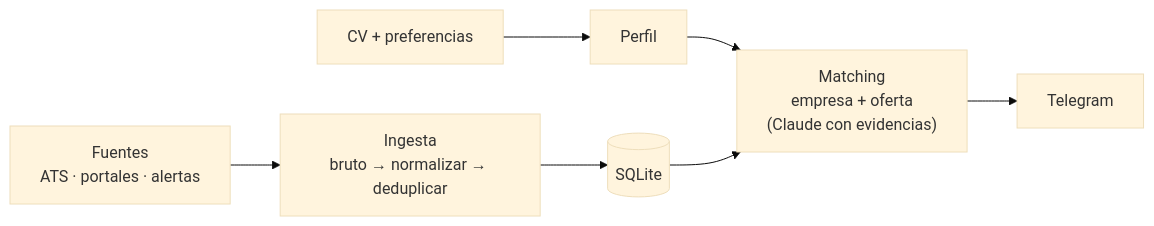
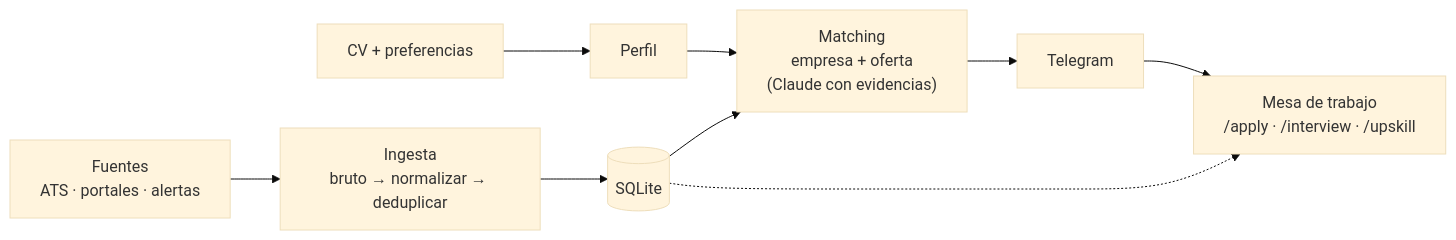
Before and after one commit to rubenhig/job-radar: the diagram in README.md, drawn with Mermaid (base theme). The commit also changed other lines of this file and 3 other files, not shown here.

First line of the commit message:
Mesa de trabajo: ai-job-search integrado como cara interactiva

````diff
--- a/README.md
+++ b/README.md
@@ -14,8 +18,10 @@
 ```mermaid
 flowchart LR
     CV[CV + preferencias] --> P[Perfil]
     F["Fuentes<br/>ATS · portales · alertas"] --> I["Ingesta<br/>bruto → normalizar → deduplicar"]
     I --> DB[(SQLite)]
     P & DB --> M["Matching<br/>empresa + oferta<br/>(Claude con evidencias)"]
     M --> T[Telegram]
+    T --> W["Mesa de trabajo<br/>/apply · /interview · /upskill"]
+    DB -.-> W
 ```
````
